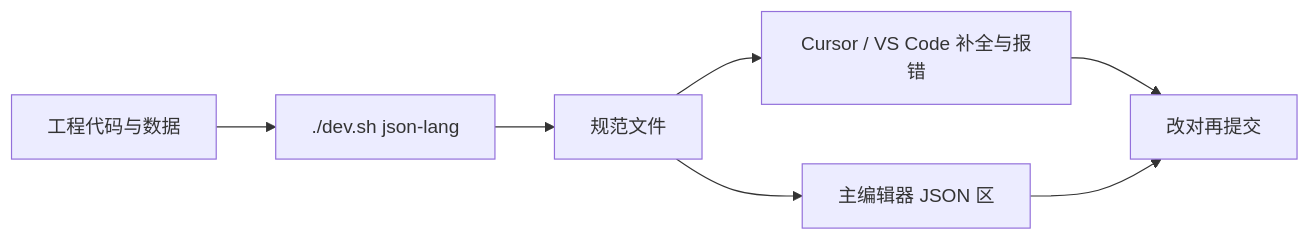
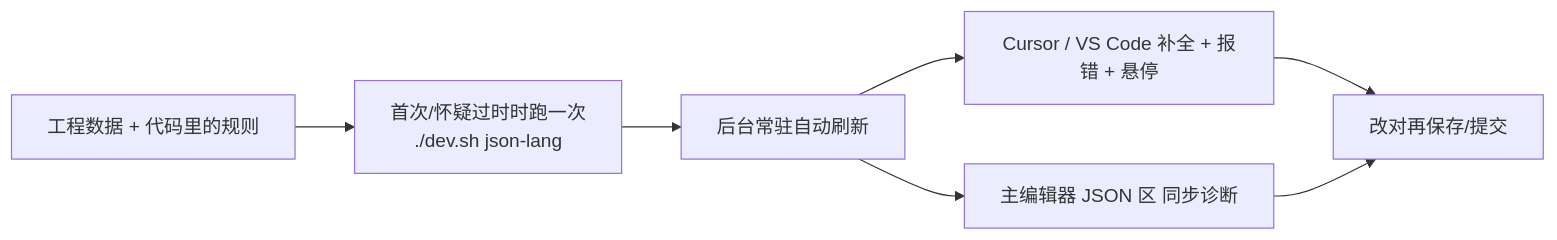
One commit to wubugui/GDoc changed the diagram in docs/editors/services/json-lang.md. Above: the diagram before and after it, drawn with Mermaid. The commit also changed other lines of this file and 112 other files, not shown here.

````diff
--- a/docs/editors/services/json-lang.md
+++ b/docs/editors/services/json-lang.md
@@ -91,9 +35,9 @@
 ```mermaid
 flowchart LR
-  CODE[工程代码与数据] --> BUILD[./dev.sh json-lang]
-  BUILD --> SCH[规范文件]
-  SCH --> IDE[Cursor / VS Code 补全与报错]
-  SCH --> ED[主编辑器 JSON 区]
-  IDE --> FIX[改对再提交]
+  DATA[工程数据 + 代码里的规则] --> BUILD["首次/怀疑过时时跑一次<br/>./dev.sh json-lang"]
+  BUILD --> WATCH[后台常驻自动刷新]
+  WATCH --> IDE[Cursor / VS Code 补全 + 报错 + 悬停]
+  WATCH --> ED[主编辑器 JSON 区 同步诊断]
+  IDE --> FIX[改对再保存/提交]
   ED --> FIX
 ```
````
